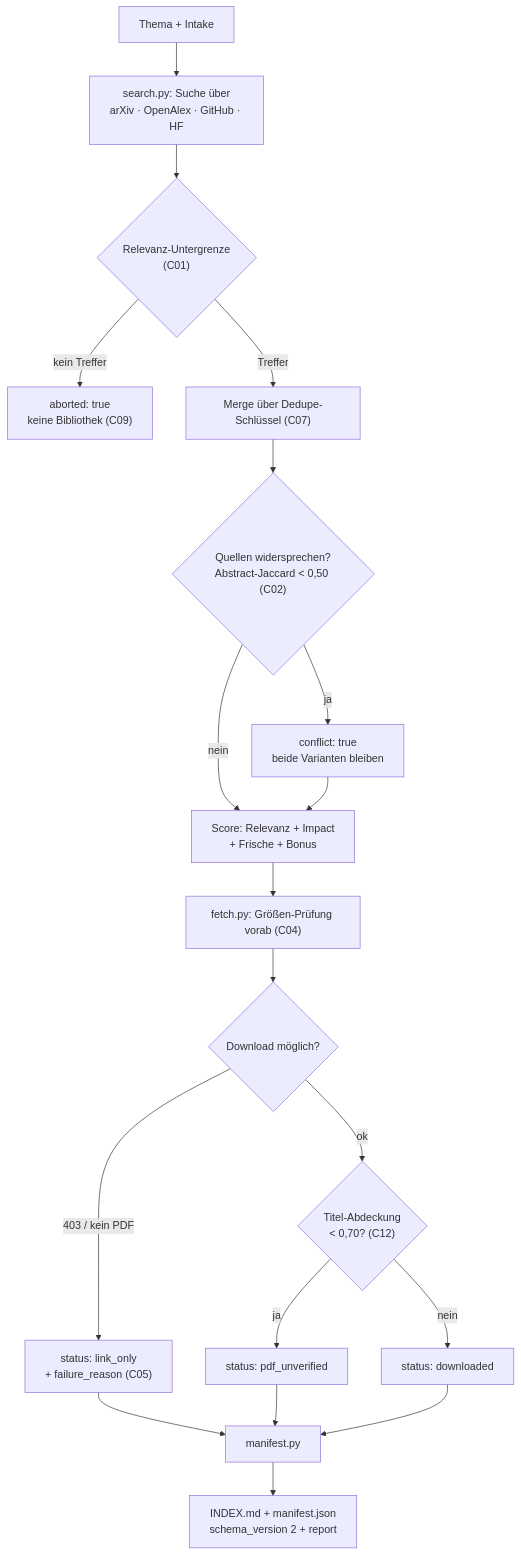
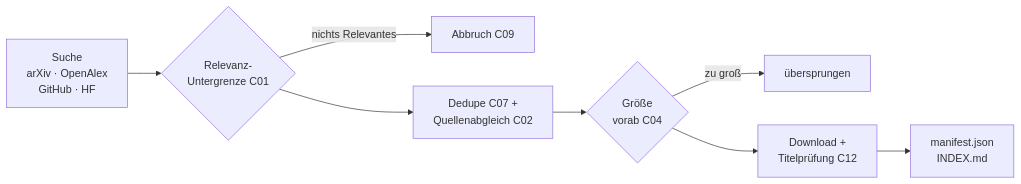
One commit to legifx/scientific-deep-research changed the diagram in README.md. Above: the diagram before and after it, drawn with Mermaid. The commit also changed other lines of this file and 2 other files, not shown here.

Commit message:
README: Animationen neu gerendert, Ablaufdiagramm gekuerzt
Die erste Fassung der GIFs war fehlerhaft: bei der Rangliste ueberlappten
die Zeilen mitten in der Umordnung und liefen in die Fusszeile, beim
Budget lagen die Balken direkt ueber dem Text. Beide Grafiken zeigen jetzt
zwei saubere Zustaende statt einer Gleitbewegung; die Balken liegen in
einem eigenen Bereich und wachsen monoton, damit nichts flimmert.

Das Ablaufdiagramm war mit 14 Knoten zu lang ausgefallen. Es ist auf acht
Knoten gekuerzt, laeuft links nach rechts und steckt in einem aufklappbaren
Bereich, damit es den Lesefluss nicht mehr unterbricht. Daneben steht der
Ablauf nun zusaetzlich in einem Satz.

````diff
--- a/README.md
+++ b/README.md
@@ -83,21 +86,10 @@
 ```mermaid
-flowchart TD
-    A["Thema + Intake"] --> B["search.py: Suche über<br/>arXiv · OpenAlex · GitHub · HF"]
-    B --> C{"Relevanz-Untergrenze<br/>(C01)"}
-    C -->|"kein Treffer"| X["aborted: true<br/>keine Bibliothek (C09)"]
-    C -->|"Treffer"| D["Merge über Dedupe-Schlüssel (C07)"]
-    D --> E{"Quellen widersprechen?<br/>Abstract-Jaccard < 0,50 (C02)"}
-    E -->|ja| F["conflict: true<br/>beide Varianten bleiben"]
-    E -->|nein| G["Score: Relevanz + Impact<br/>+ Frische + Bonus"]
-    F --> G
-    G --> H["fetch.py: Größen-Prüfung vorab (C04)"]
-    H --> I{"Download möglich?"}
-    I -->|"403 / kein PDF"| J["status: link_only<br/>+ failure_reason (C05)"]
-    I -->|ok| K{"Titel-Abdeckung<br/>&lt; 0,70? (C12)"}
-    K -->|ja| L["status: pdf_unverified"]
-    K -->|nein| M["status: downloaded"]
-    J --> N["manifest.py"]
-    L --> N
-    M --> N
-    N --> O["INDEX.md + manifest.json<br/>schema_version 2 + report"]
+flowchart LR
+    S["Suche<br/>arXiv · OpenAlex<br/>GitHub · HF"] --> R{"Relevanz-<br/>Untergrenze C01"}
+    R -->|"nichts Relevantes"| X["Abbruch C09"]
+    R --> M["Dedupe C07 +<br/>Quellenabgleich C02"]
+    M --> P{"Größe<br/>vorab C04"}
+    P -->|"zu groß"| K["übersprungen"]
+    P --> D["Download +<br/>Titelprüfung C12"]
+    D --> F["manifest.json<br/>INDEX.md"]
 ```
````
